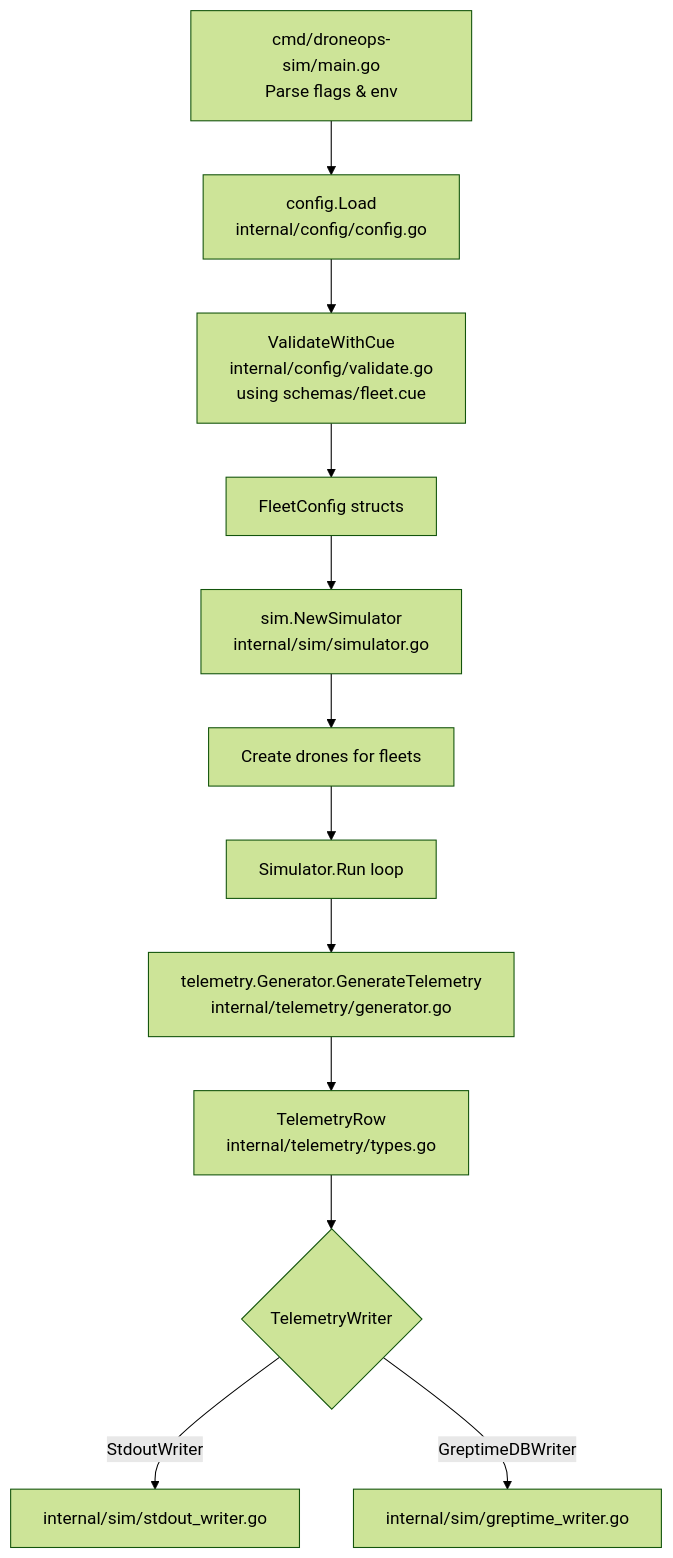
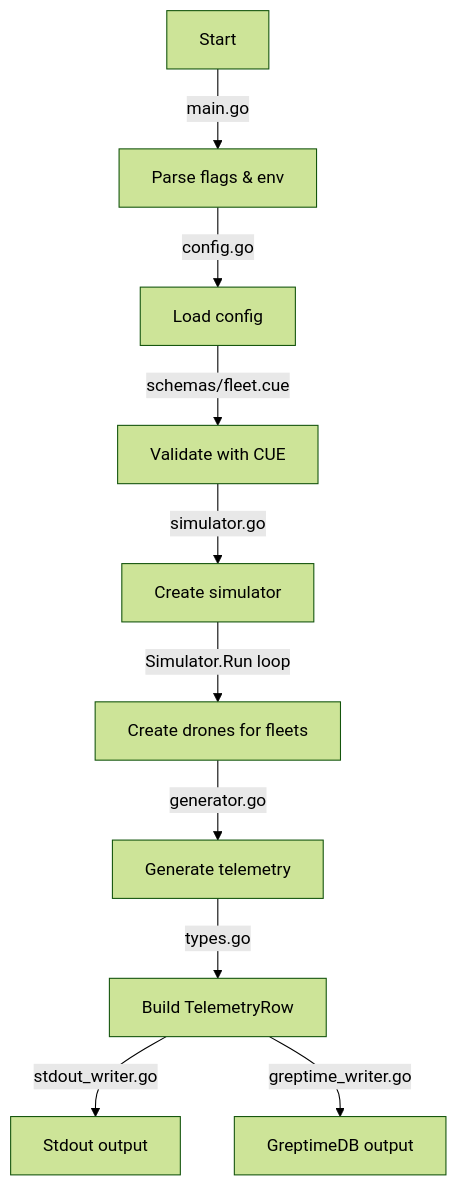
One commit to sohooo/droneops-sim changed the diagram in README.md. Above: the diagram before and after it, drawn with Mermaid (forest theme).

Commit message:
fix(copilot): data flow diagram

````diff
--- a/README.md
+++ b/README.md
@@ -109,14 +109,12 @@
 ```mermaid
 flowchart TD
-    A["cmd/droneops-sim/main.go\nParse flags & env"] --> B["config.Load\ninternal/config/config.go"]
-    B --> C["ValidateWithCue\ninternal/config/validate.go\nusing schemas/fleet.cue"]
-    C --> D["FleetConfig structs"]
-    D --> E["sim.NewSimulator\ninternal/sim/simulator.go"]
-    E --> F["Create drones for fleets"]
-    F --> G["Simulator.Run loop"]
-    G --> H["telemetry.Generator.GenerateTelemetry\ninternal/telemetry/generator.go"]
-    H --> I["TelemetryRow\ninternal/telemetry/types.go"]
-    I --> J{"TelemetryWriter"}
-    J -->|"StdoutWriter"| K["internal/sim/stdout_writer.go"]
-    J -->|"GreptimeDBWriter"| L["internal/sim/greptime_writer.go"]
+    Start["Start"] -->|"main.go"| A["Parse flags & env"]
+    A -->|"config.go"| B["Load config"]
+    B -->|"schemas/fleet.cue"| C["Validate with CUE"]
+    C -->|"simulator.go"| D["Create simulator"]
+    D -->|"Simulator.Run loop"| E["Create drones for fleets"]
+    E -->|"generator.go"| F["Generate telemetry"]
+    F -->|"types.go"| G["Build TelemetryRow"]
+    G -->|"stdout_writer.go"| K["Stdout output"]
+    G -->|"greptime_writer.go"| L["GreptimeDB output"]
 ```
````
